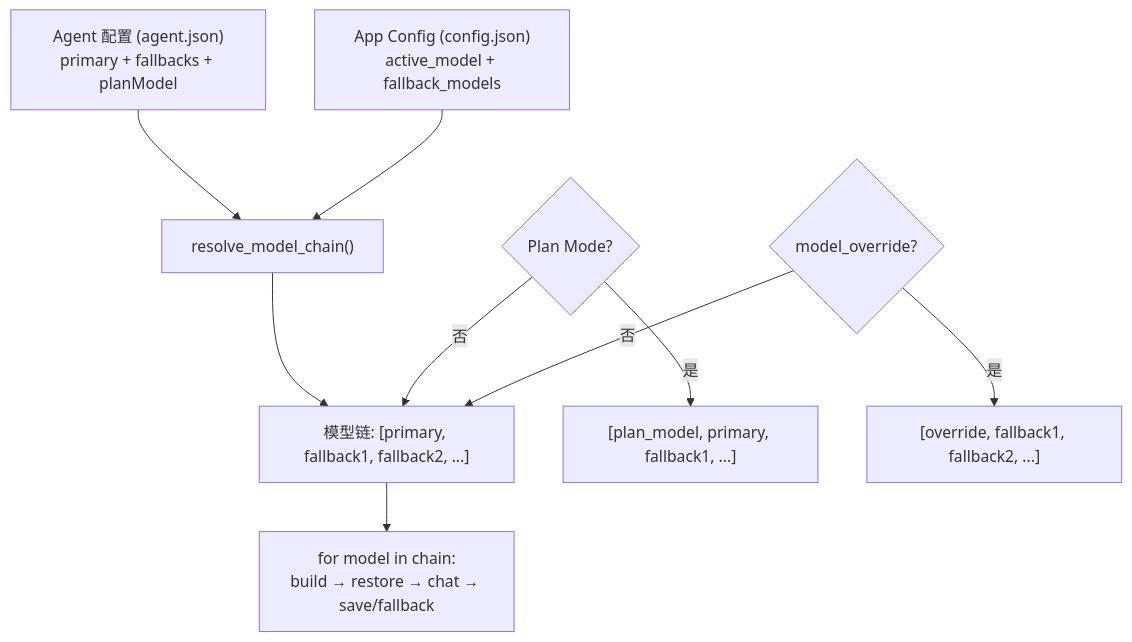
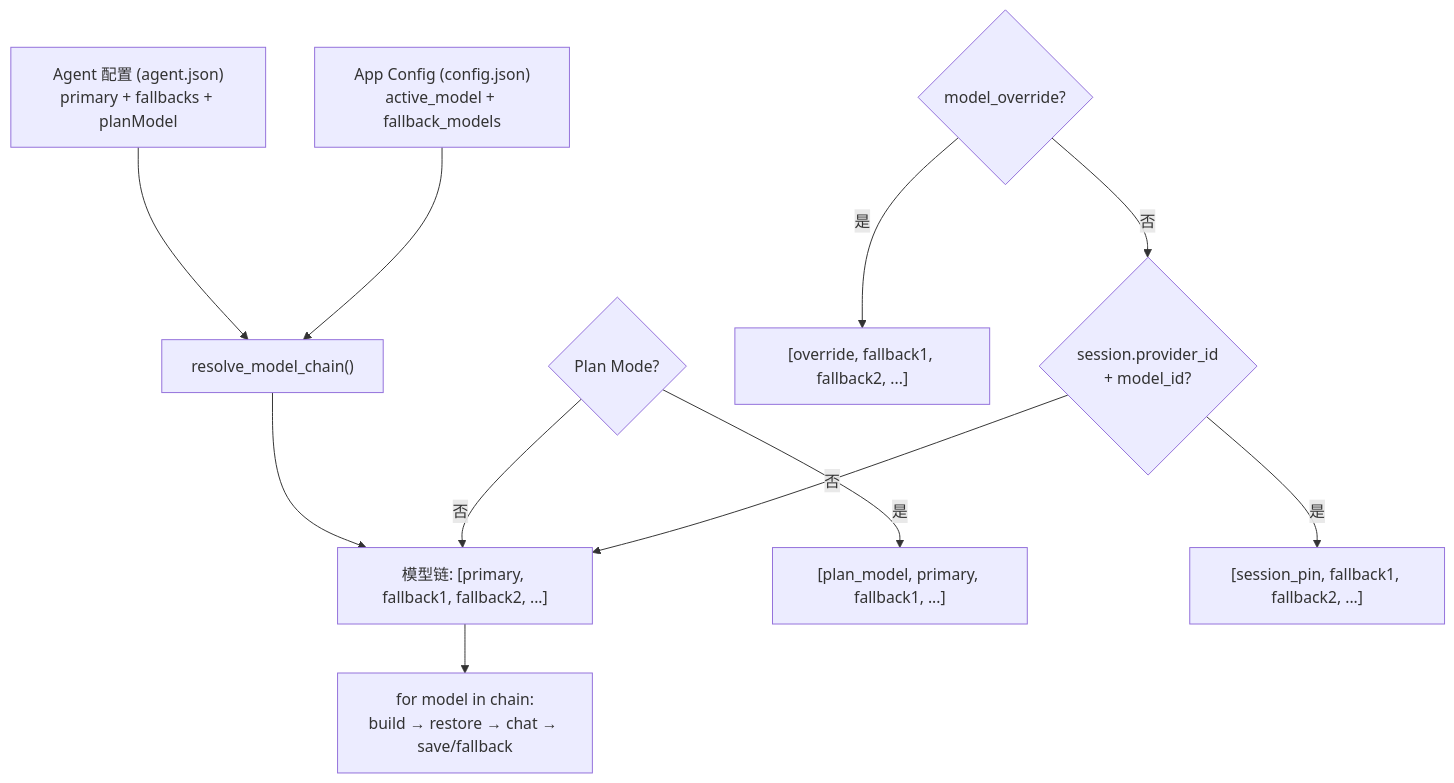
One commit to shiwenwen/hope-agent changed the ninth of 16 diagrams in docs/architecture/provider-system.md. Above: the diagram before and after it, drawn with Mermaid. The commit also changed other lines of this file and 12 other files, not shown here.

````diff
--- a/docs/architecture/provider-system.md
+++ b/docs/architecture/provider-system.md
@@ -677,15 +677,17 @@
 ```mermaid
 flowchart TD
   AGENT["Agent 配置 (agent.json)<br/>primary + fallbacks + planModel"]
   STORE["App Config (config.json)<br/>active_model + fallback_models"]
 
   AGENT & STORE --> RESOLVE["resolve_model_chain()"]
   RESOLVE --> CHAIN["模型链: [primary, fallback1, fallback2, ...]"]
 
   PLAN{"Plan Mode?"} -->|"是"| PLANCHAIN["[plan_model, primary, fallback1, ...]"]
   PLAN -->|"否"| CHAIN
   OVERRIDE{"model_override?"} -->|"是"| OVERCHAIN["[override, fallback1, fallback2, ...]"]
-  OVERRIDE -->|"否"| CHAIN
+  OVERRIDE -->|"否"| SESSPIN{"session.provider_id<br/>+ model_id?"}
+  SESSPIN -->|"是"| PINCHAIN["[session_pin, fallback1, fallback2, ...]"]
+  SESSPIN -->|"否"| CHAIN
 
   CHAIN --> ITERATE["for model in chain:<br/>build → restore → chat → save/fallback"]
 ```
````
